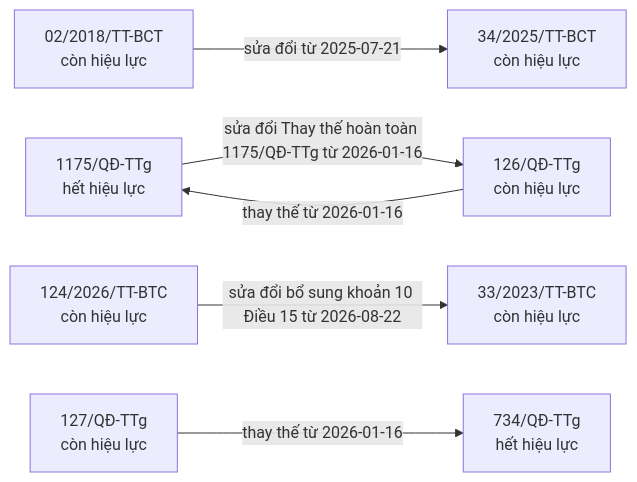
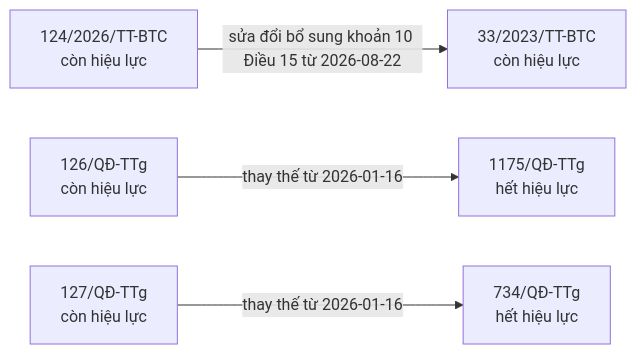
One commit to ozvietnam/oz-wiki-plhq changed the ninth of 9 diagrams in bao-cao/quan-he.md. Above: the diagram before and after it, drawn with Mermaid. The commit also changed other lines of this file and 6 other files, not shown here.

````diff
--- a/bao-cao/quan-he.md
+++ b/bao-cao/quan-he.md
@@ -773,16 +754,12 @@
 ```mermaid
 flowchart LR
-  n_02_2018_TT_BCT["02/2018/TT-BCT<br/>còn hiệu lực"]
-  n_34_2025_TT_BCT["34/2025/TT-BCT<br/>còn hiệu lực"]
-  n_1175_Q__TTg["1175/QĐ-TTg<br/>hết hiệu lực"]
-  n_126_Q__TTg["126/QĐ-TTg<br/>còn hiệu lực"]
   n_124_2026_TT_BTC["124/2026/TT-BTC<br/>còn hiệu lực"]
   n_33_2023_TT_BTC["33/2023/TT-BTC<br/>còn hiệu lực"]
+  n_126_Q__TTg["126/QĐ-TTg<br/>còn hiệu lực"]
+  n_1175_Q__TTg["1175/QĐ-TTg<br/>hết hiệu lực"]
   n_127_Q__TTg["127/QĐ-TTg<br/>còn hiệu lực"]
   n_734_Q__TTg["734/QĐ-TTg<br/>hết hiệu lực"]
-  n_02_2018_TT_BCT -->|sửa đổi từ 2025-07-21| n_34_2025_TT_BCT
-  n_1175_Q__TTg -->|sửa đổi Thay thế hoàn toàn 1175/QĐ-TTg từ 2026-01-16| n_126_Q__TTg
   n_124_2026_TT_BTC -->|sửa đổi bổ sung khoản 10 Điều 15 từ 2026-08-22| n_33_2023_TT_BTC
   n_126_Q__TTg -->|thay thế từ 2026-01-16| n_1175_Q__TTg
   n_127_Q__TTg -->|thay thế từ 2026-01-16| n_734_Q__TTg
 ```
````
